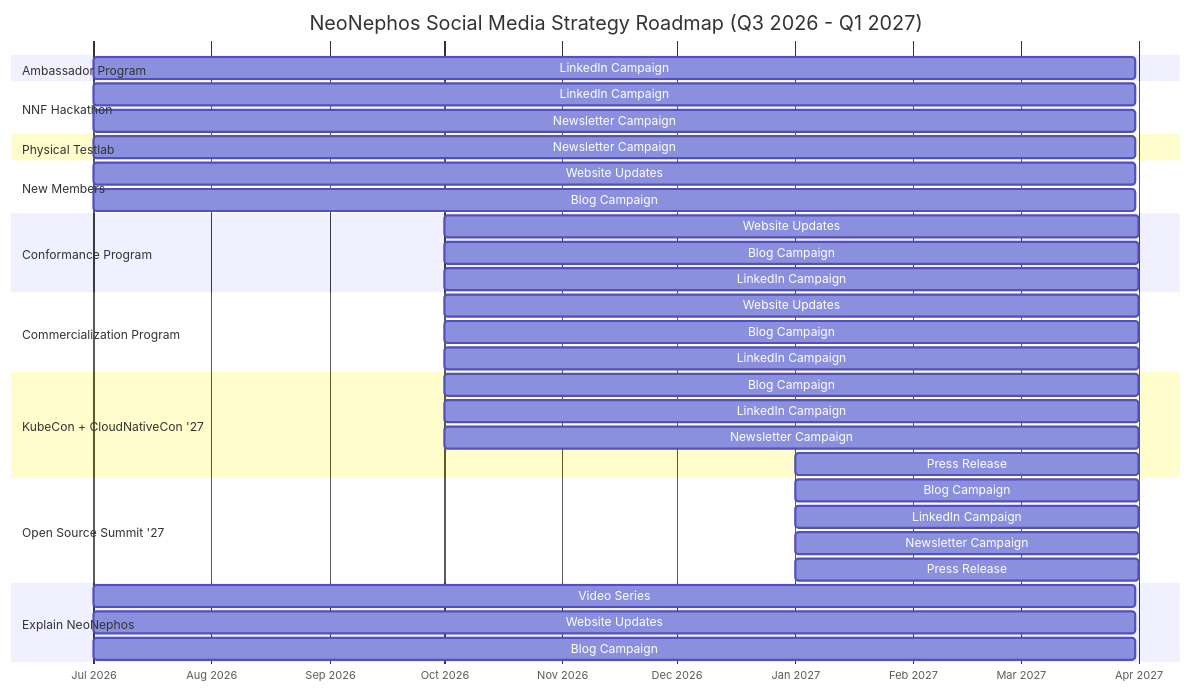
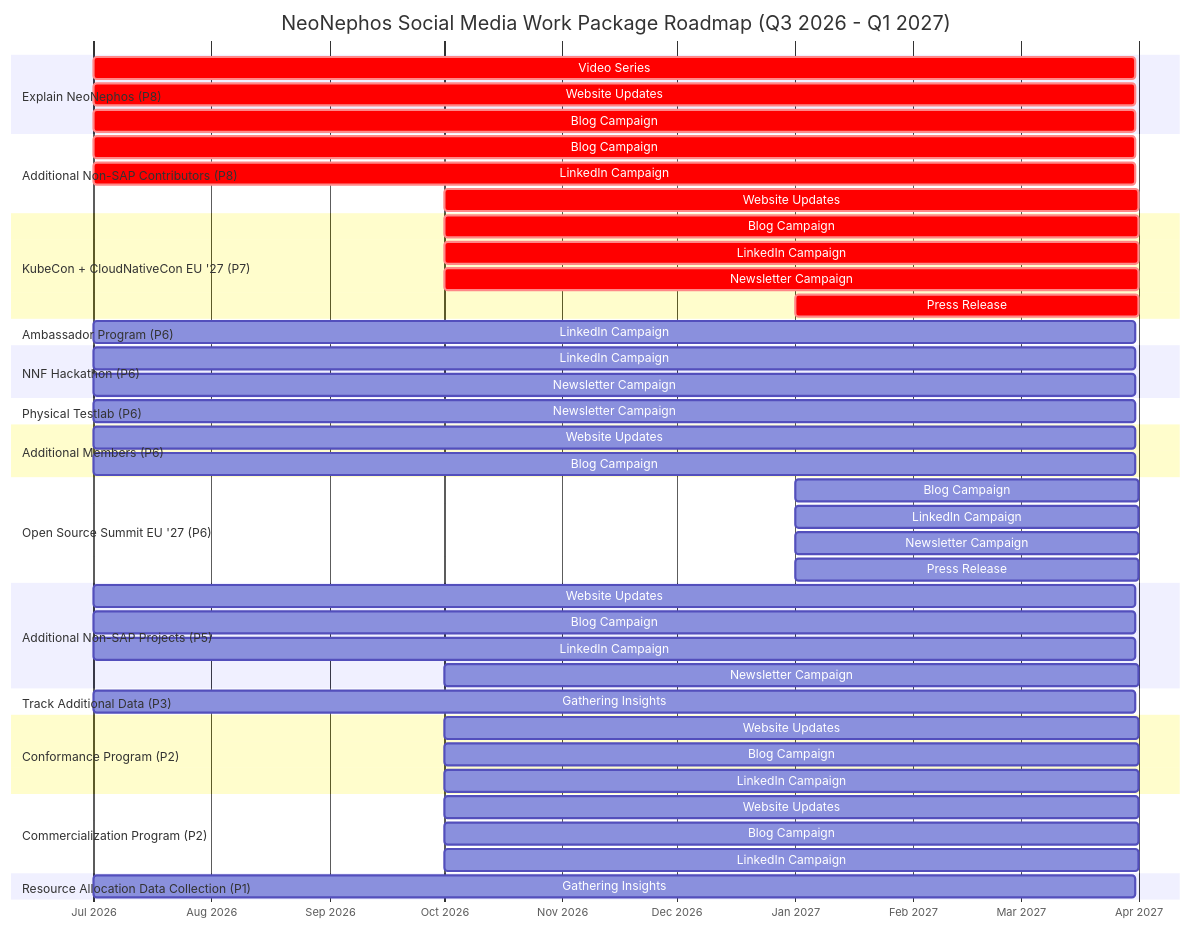
The second of 2 diagrams in documents/outreach_committee_playbook/social_media/strategy_documents/social_media_strategy_q3_2026_q1_2027.md (neonephos/outreach), drawn with Mermaid before and after one commit. The commit also changed other lines of this file, not shown here.

````diff
--- a/documents/outreach_committee_playbook/social_media/strategy_documents/social_media_strategy_q3_2026_q1_2027.md
+++ b/documents/outreach_committee_playbook/social_media/strategy_documents/social_media_strategy_q3_2026_q1_2027.md
@@ -131,47 +96,64 @@
 ```mermaid
 gantt
-    title NeoNephos Social Media Strategy Roadmap (Q3 2026 - Q1 2027)
+    title NeoNephos Social Media Work Package Roadmap (Q3 2026 - Q1 2027)
     dateFormat YYYY-MM-DD
     axisFormat %b %Y
 
-    section Ambassador Program
+    section Explain NeoNephos (P8)
+    Video Series :crit, 2026-07-01, 273d
+    Website Updates :crit, 2026-07-01, 273d
+    Blog Campaign :crit, 2026-07-01, 273d
+
+    section Additional Non-SAP Contributors (P8)
+    Blog Campaign :crit, 2026-07-01, 273d
+    LinkedIn Campaign :crit, 2026-07-01, 273d
+    Website Updates :crit, 2026-10-01, 182d
+
+    section KubeCon + CloudNativeCon EU '27 (P7)
+    Blog Campaign :crit, 2026-10-01, 182d
+    LinkedIn Campaign :crit, 2026-10-01, 182d
+    Newsletter Campaign :crit, 2026-10-01, 182d
+    Press Release :crit, 2027-01-01, 90d
+
+    section Ambassador Program (P6)
     LinkedIn Campaign :2026-07-01, 273d
 
-    section NNF Hackathon
+    section NNF Hackathon (P6)
     LinkedIn Campaign :2026-07-01, 273d
     Newsletter Campaign :2026-07-01, 273d
 
-    section Physical Testlab
+    section Physical Testlab (P6)
     Newsletter Campaign :2026-07-01, 273d
 
-    section New Members
+    section Additional Members (P6)
     Website Updates :2026-07-01, 273d
     Blog Campaign :2026-07-01, 273d
 
-    section Conformance Program
-    Website Updates :2026-10-01, 182d
-    Blog Campaign :2026-10-01, 182d
-    LinkedIn Campaign :2026-10-01, 182d
-
-    section Commercialization Program
-    Website Updates :2026-10-01, 182d
-    Blog Campaign :2026-10-01, 182d
-    LinkedIn Campaign :2026-10-01, 182d
-
-    section KubeCon + CloudNativeCon '27
-    Blog Campaign :2026-10-01, 182d
-    LinkedIn Campaign :2026-10-01, 182d
-    Newsletter Campaign :2026-10-01, 182d
-    Press Release :2027-01-01, 90d
-
-    section Open Source Summit '27
+    section Open Source Summit EU '27 (P6)
     Blog Campaign :2027-01-01, 90d
     LinkedIn Campaign :2027-01-01, 90d
     Newsletter Campaign :2027-01-01, 90d
     Press Release :2027-01-01, 90d
 
-    section Explain NeoNephos
-    Video Series :2026-07-01, 273d
+    section Additional Non-SAP Projects (P5)
     Website Updates :2026-07-01, 273d
     Blog Campaign :2026-07-01, 273d
+    LinkedIn Campaign :2026-07-01, 273d
+    Newsletter Campaign :2026-10-01, 182d
+
+    section Track Additional Data (P3)
+    Gathering Insights :2026-07-01, 273d
+
+    section Conformance Program (P2)
+    Website Updates :2026-10-01, 182d
+    Blog Campaign :2026-10-01, 182d
+    LinkedIn Campaign :2026-10-01, 182d
+
+    section Commercialization Program (P2)
+    Website Updates :2026-10-01, 182d
+    Blog Campaign :2026-10-01, 182d
+    LinkedIn Campaign :2026-10-01, 182d
+
+    section Resource Allocation Data Collection (P1)
+    Gathering Insights :2026-07-01, 273d
 ```
````
